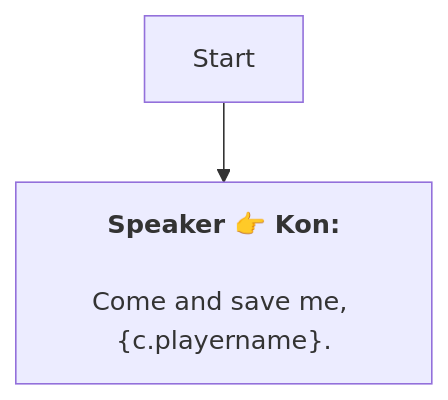
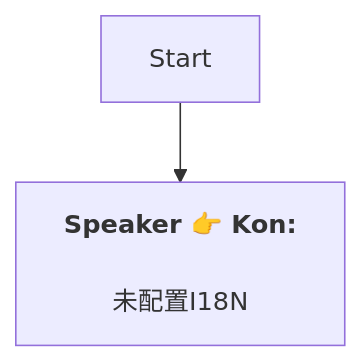
One commit to SoftHu/tos_avg changed the diagram in En/AddDialogNode_1739411615780033.md. Above: the diagram before and after it, drawn with Mermaid. The commit also changed 730 other files, not shown here.

````diff
--- a/En/AddDialogNode_1739411615780033.md
+++ b/En/AddDialogNode_1739411615780033.md
@@ -1,6 +1,6 @@
 ```mermaid
 graph
 Start -->1739411660946628[<b>Speaker 👉 Kon:</b>
-\nCome and save me, &lbrace;c.playername&rbrace;.]
+\n未配置I18N]
 
 ```
````
